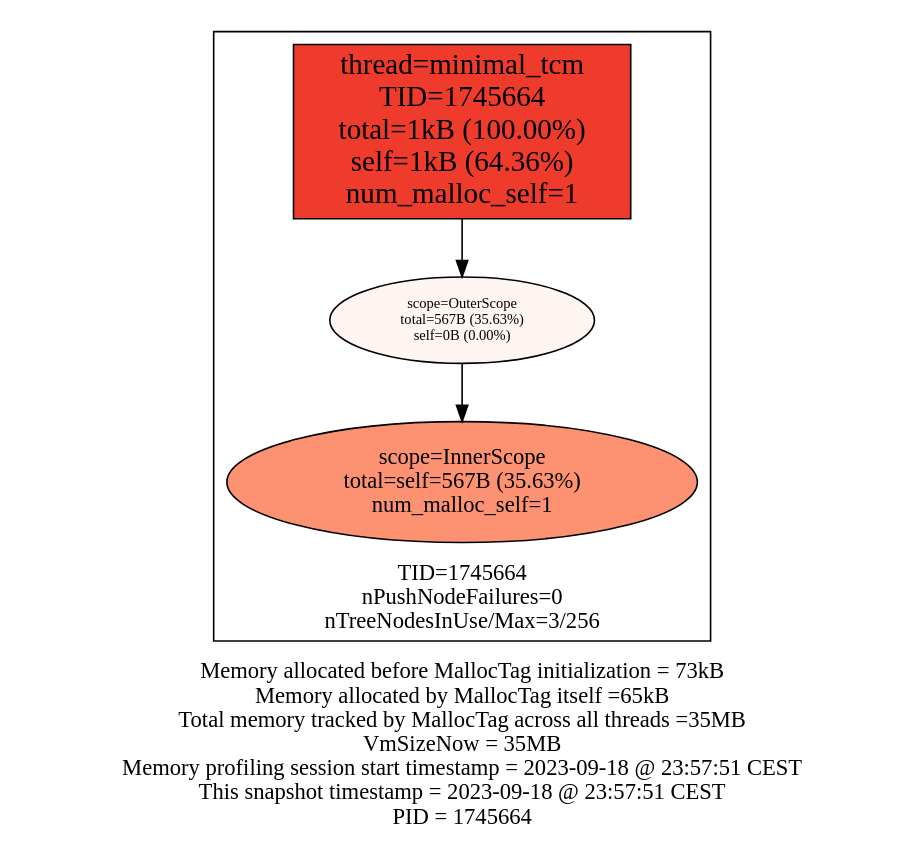
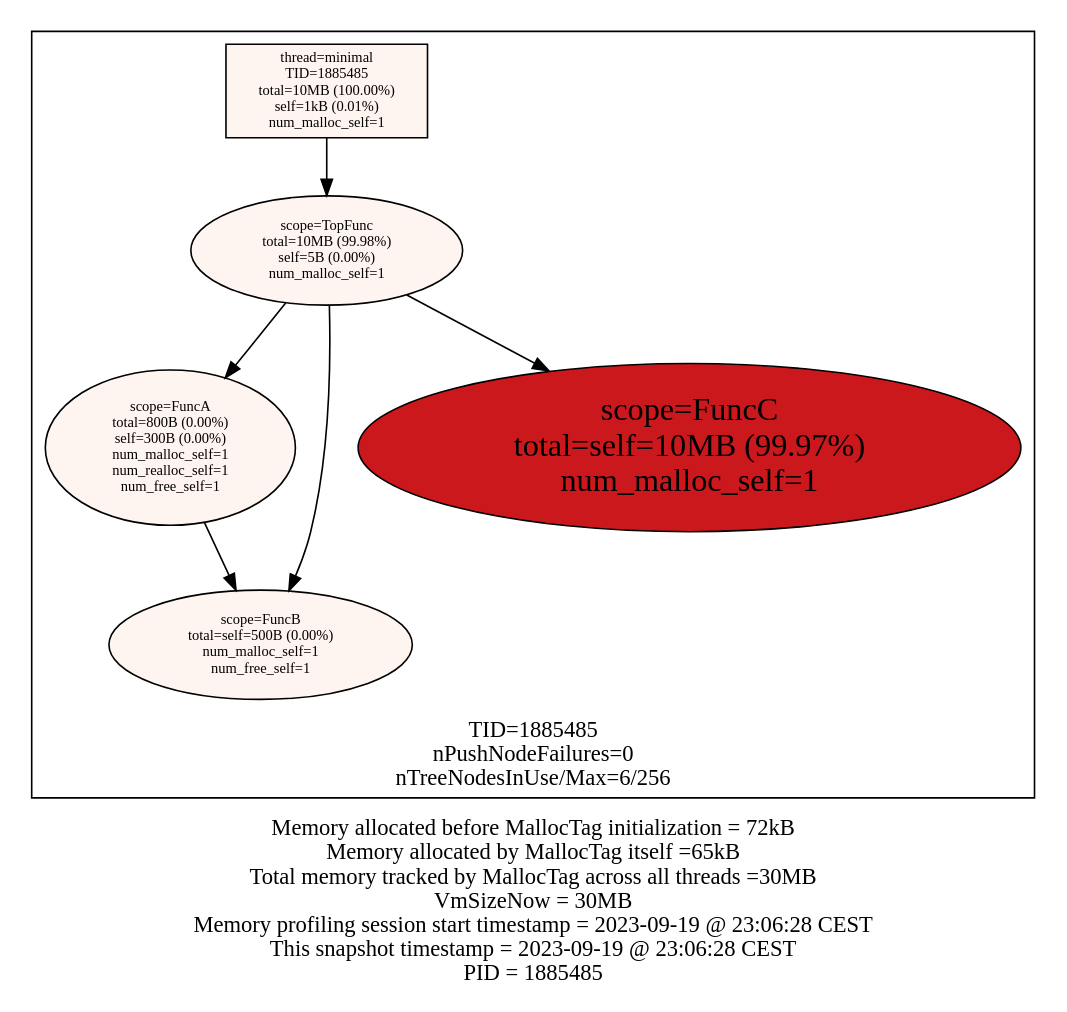
The diagram in examples/minimal/minimal_stats.dot (f18m/malloc-tag), drawn with Graphviz before and after one commit. The commit also changed 14 other files, not shown here.

```diff
--- a/examples/minimal/minimal_stats.dot
+++ b/examples/minimal/minimal_stats.dot
@@ -1,16 +1,22 @@
 digraph MallocTree {
  node [colorscheme=reds9 style=filled]
- subgraph cluster_TID1745664 {
+ subgraph cluster_TID1885485 {
   node [colorscheme=reds9 style=filled]
   labelloc="b"
-  label="TID=1745664\nnPushNodeFailures=0\nnTreeNodesInUse/Max=3/256\n"
-  "1745664_minimal_tcm" [label="thread=minimal_tcm\nTID=1745664\ntotal=1kB (100.00%)\nself=1kB (64.36%)\nnum_malloc_self=1" shape=box fillcolor=6 fontsize=18]
-  "1745664_minimal_tcm" -> "1745664_OuterScope"
-  "1745664_OuterScope" [label="scope=OuterScope\ntotal=567B (35.63%)\nself=0B (0.00%)" fillcolor=1 fontsize=9]
-  "1745664_OuterScope" -> "1745664_InnerScope"
-  "1745664_InnerScope" [label="scope=InnerScope\ntotal=self=567B (35.63%)\nnum_malloc_self=1" fillcolor=4 fontsize=14]
+  label="TID=1885485\nnPushNodeFailures=0\nnTreeNodesInUse/Max=6/256\n"
+  "1885485_minimal" [label="thread=minimal\nTID=1885485\ntotal=10MB (100.00%)\nself=1kB (0.01%)\nnum_malloc_self=1" shape=box fillcolor=1 fontsize=9]
+  "1885485_minimal" -> "1885485_TopFunc"
+  "1885485_TopFunc" [label="scope=TopFunc\ntotal=10MB (99.98%)\nself=5B (0.00%)\nnum_malloc_self=1" fillcolor=1 fontsize=9]
+  "1885485_TopFunc" -> "1885485_FuncA"
+  "1885485_TopFunc" -> "1885485_FuncB"
+  "1885485_TopFunc" -> "1885485_FuncC"
+  "1885485_FuncA" [label="scope=FuncA\ntotal=800B (0.00%)\nself=300B (0.00%)\nnum_malloc_self=1\nnum_realloc_self=1\nnum_free_self=1" fillcolor=1 fontsize=9]
+  "1885485_FuncA" -> "1885485_FuncB"
+  "1885485_FuncB" [label="scope=FuncB\ntotal=self=500B (0.00%)\nnum_malloc_self=1\nnum_free_self=1" fillcolor=1 fontsize=9]
+  "1885485_FuncB" [label="scope=FuncB\ntotal=self=500B (0.00%)\nnum_malloc_self=1\nnum_free_self=1" fillcolor=1 fontsize=9]
+  "1885485_FuncC" [label="scope=FuncC\ntotal=self=10MB (99.97%)\nnum_malloc_self=1" fillcolor=7 fontsize=20]
  }
 
  labelloc="b"
- label="Memory allocated before MallocTag initialization = 73kB\nMemory allocated by MallocTag itself =65kB\nTotal memory tracked by MallocTag across all threads =35MB\nVmSizeNow = 35MB\nMemory profiling session start timestamp = 2023-09-18 @ 23:57:51 CEST\nThis snapshot timestamp = 2023-09-18 @ 23:57:51 CEST\nPID = 1745664\n"
+ label="Memory allocated before MallocTag initialization = 72kB\nMemory allocated by MallocTag itself =65kB\nTotal memory tracked by MallocTag across all threads =30MB\nVmSizeNow = 30MB\nMemory profiling session start timestamp = 2023-09-19 @ 23:06:28 CEST\nThis snapshot timestamp = 2023-09-19 @ 23:06:28 CEST\nPID = 1885485\n"
 }
```
